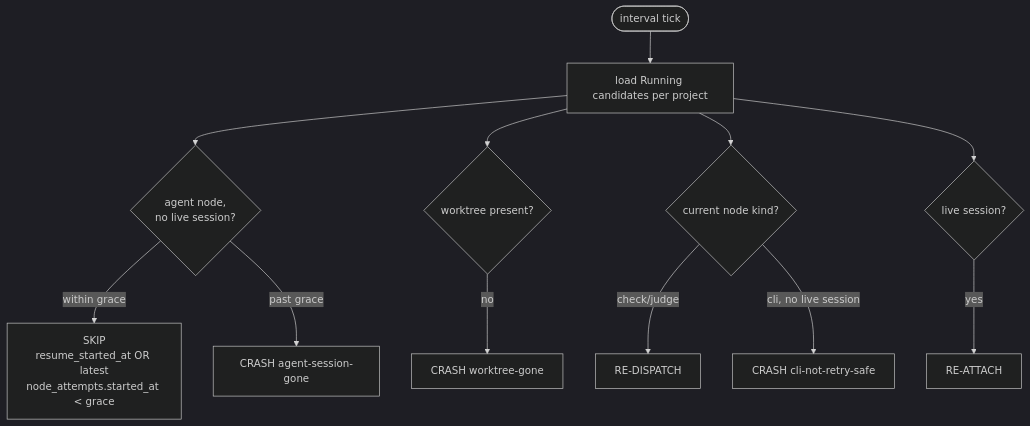
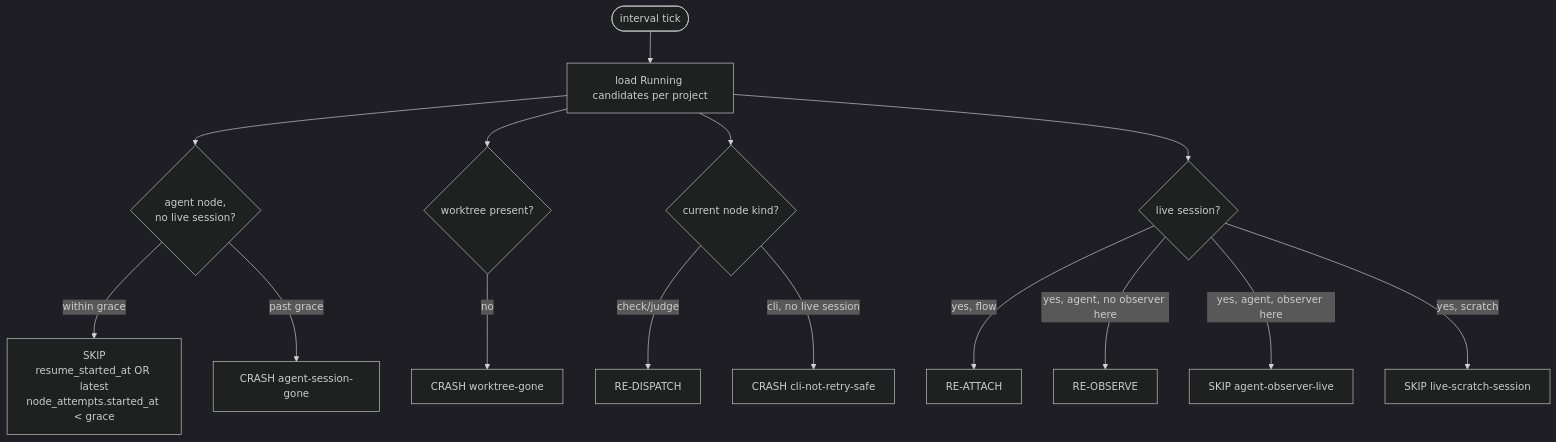
One commit to maister-dev/maister changed the third of 6 diagrams in docs/system-analytics/reconciliation-gc.md. Above: the diagram before and after it, drawn with Mermaid (dark theme). The commit also changed other lines of this file and 10 other files, not shown here.

````diff
--- a/docs/system-analytics/reconciliation-gc.md
+++ b/docs/system-analytics/reconciliation-gc.md
@@ -230,14 +231,17 @@
 ```mermaid
 flowchart TD
     Tick([interval tick]) --> Candidates[load Running candidates per project]
     Candidates --> Grace{agent node,<br/>no live session?}
     Grace -- within grace --> SkipG[SKIP<br/>resume_started_at OR latest<br/>node_attempts.started_at < grace]
     Grace -- past grace --> CrashG[CRASH agent-session-gone]
     Candidates --> Worktree{worktree present?}
     Worktree -- no --> CrashW[CRASH worktree-gone]
     Candidates --> Node{current node kind?}
     Node -- check/judge --> Redis[RE-DISPATCH]
     Node -- cli, no live session --> CrashC[CRASH cli-not-retry-safe]
     Candidates --> Sess{live session?}
-    Sess -- yes --> Reatt[RE-ATTACH]
+    Sess -- yes, flow --> Reatt[RE-ATTACH]
+    Sess -- yes, agent, no observer here --> Reobs[RE-OBSERVE]
+    Sess -- yes, agent, observer here --> SkipO[SKIP agent-observer-live]
+    Sess -- yes, scratch --> SkipS[SKIP live-scratch-session]
 ```
````
